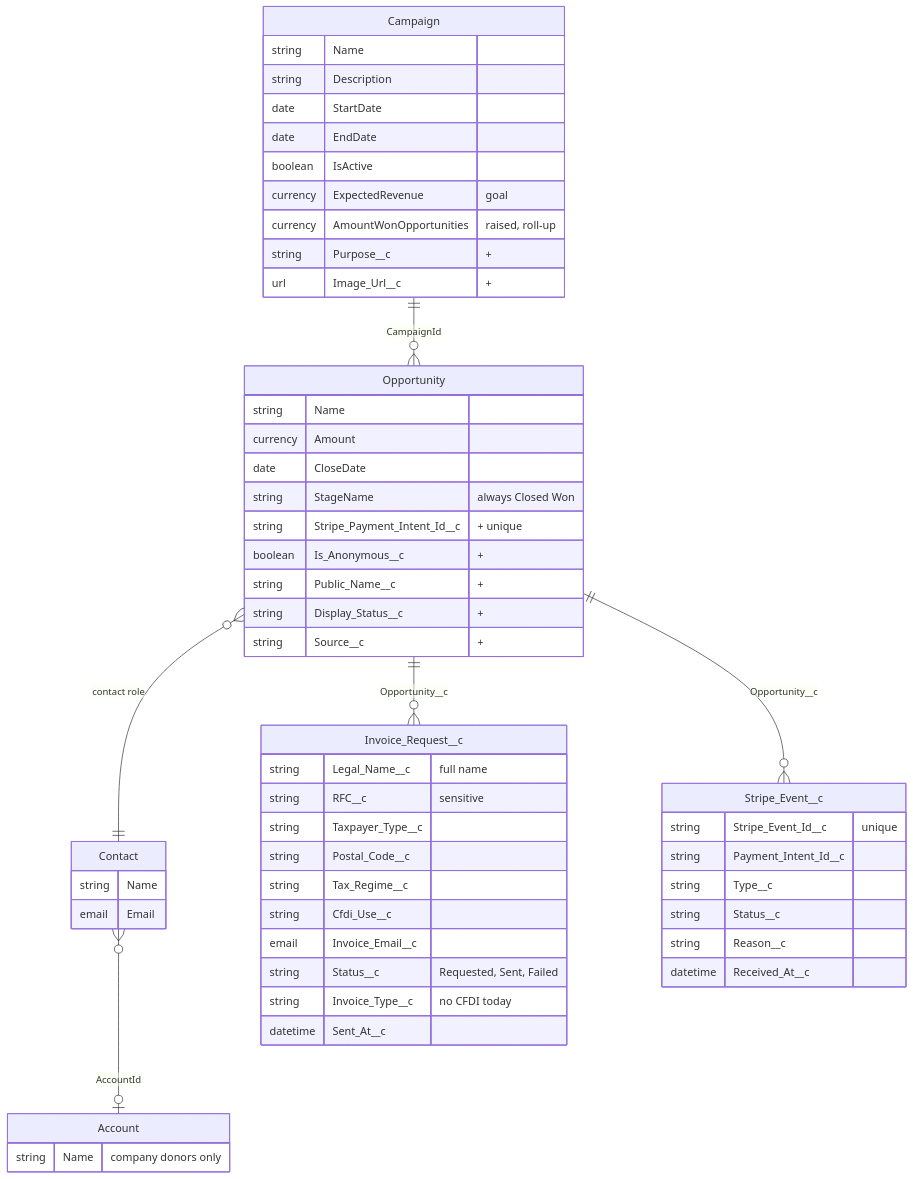
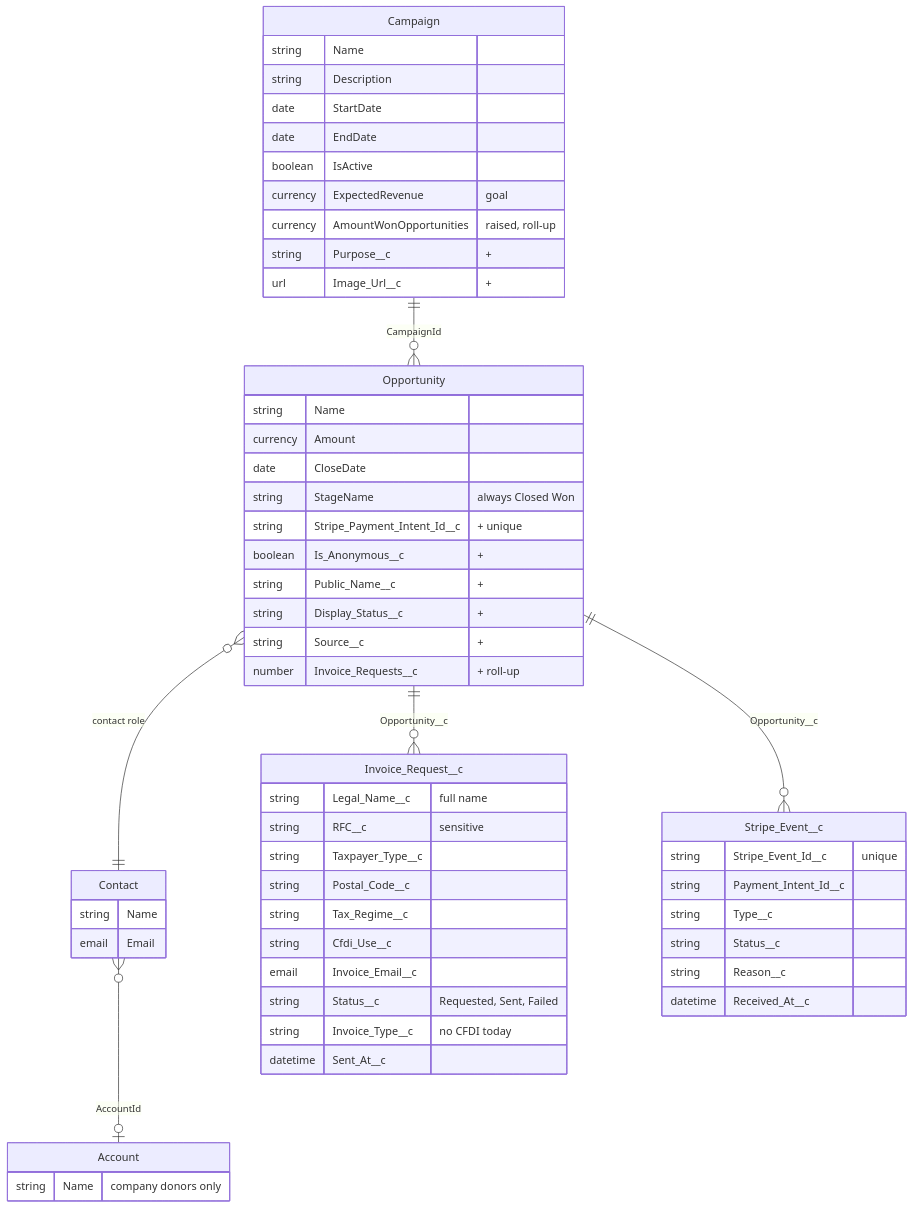
The second of 2 diagrams in docs/requirements/architecture/solution-architecture.md (hjanssena/Salesforce-Donations), drawn with Mermaid before and after one commit. The commit also changed other lines of this file and 9 other files, not shown here.

First line of the commit message:
feat(rf-s2): flag invoice requests on the donations list

````diff
--- a/docs/requirements/architecture/solution-architecture.md
+++ b/docs/requirements/architecture/solution-architecture.md
@@ -95,58 +95,59 @@
 ```mermaid
 erDiagram
   Campaign ||--o{ Opportunity : "CampaignId"
   Opportunity }o--|| Contact : "contact role"
   Contact }o--o| Account : "AccountId"
   Opportunity ||--o{ Invoice_Request__c : "Opportunity__c"
   Opportunity ||--o{ Stripe_Event__c : "Opportunity__c"
 
   Campaign {
     string Name
     string Description
     date StartDate
     date EndDate
     boolean IsActive
     currency ExpectedRevenue "goal"
     currency AmountWonOpportunities "raised, roll-up"
     string Purpose__c "+"
     url Image_Url__c "+"
   }
   Opportunity {
     string Name
     currency Amount
     date CloseDate
     string StageName "always Closed Won"
     string Stripe_Payment_Intent_Id__c "+ unique"
     boolean Is_Anonymous__c "+"
     string Public_Name__c "+"
     string Display_Status__c "+"
     string Source__c "+"
+    number Invoice_Requests__c "+ roll-up"
   }
   Contact {
     string Name
     email Email
   }
   Account {
     string Name "company donors only"
   }
   Invoice_Request__c {
     string Legal_Name__c "full name"
     string RFC__c "sensitive"
     string Taxpayer_Type__c
     string Postal_Code__c
     string Tax_Regime__c
     string Cfdi_Use__c
     email Invoice_Email__c
     string Status__c "Requested, Sent, Failed"
     string Invoice_Type__c "no CFDI today"
     datetime Sent_At__c
   }
   Stripe_Event__c {
     string Stripe_Event_Id__c "unique"
     string Payment_Intent_Id__c
     string Type__c
     string Status__c
     string Reason__c
     datetime Received_At__c
   }
 ```
````
